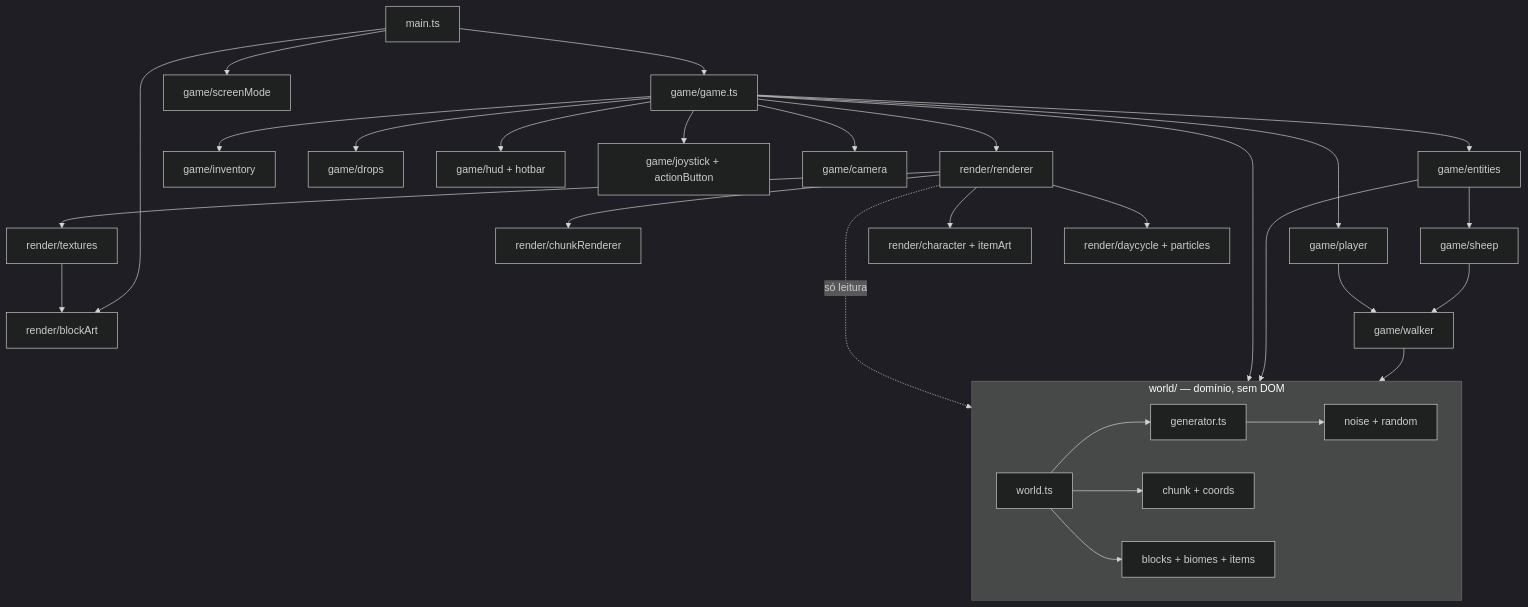
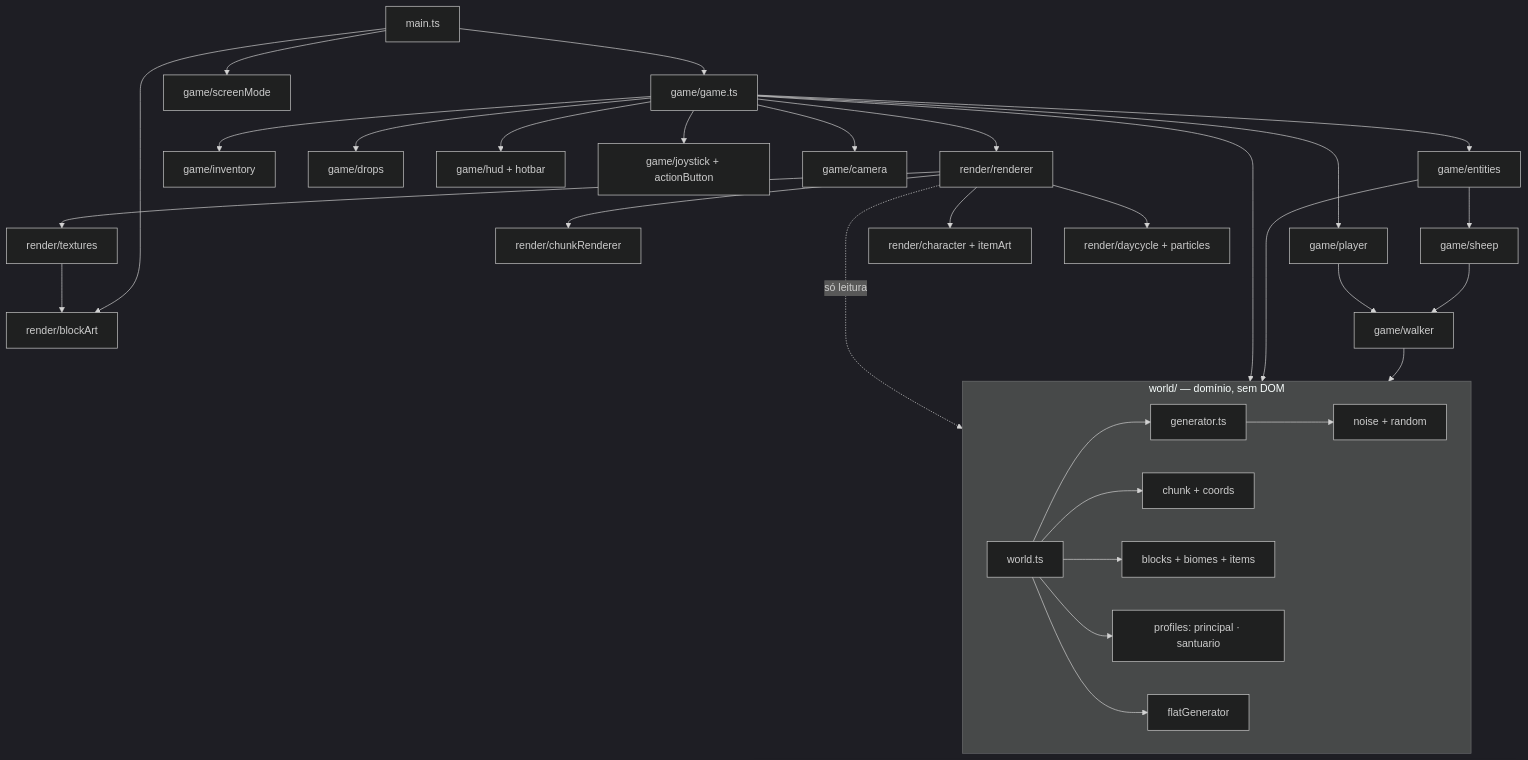
The first of 7 diagrams in docs/MAPS.md (maiam/mundoblocos-2d), drawn with Mermaid (dark theme) before and after one commit. The commit also changed other lines of this file and 59 other files, not shown here.

````diff
--- a/docs/MAPS.md
+++ b/docs/MAPS.md
@@ -8,27 +8,29 @@
 ```mermaid
 flowchart TD
   main[main.ts] --> blockArt[render/blockArt]
   main --> game[game/game.ts]
   main --> screen[game/screenMode]
   game --> ent[game/entities] --> sheep[game/sheep] --> walker[game/walker]
   game --> player[game/player] --> walker
   game --> inv[game/inventory]
   game --> drops[game/drops]
   game --> hud[game/hud + hotbar]
   game --> ui[game/joystick + actionButton]
   game --> cam[game/camera]
   game --> renderer[render/renderer]
   renderer --> chunkR[render/chunkRenderer]
   renderer --> tex[render/textures] --> blockArt
   renderer --> chars[render/character + itemArt]
   renderer --> fx[render/daycycle + particles]
   walker --> world
   ent --> world
   game --> world
   renderer -. só leitura .-> world
   subgraph world [world/ — domínio, sem DOM]
     W[world.ts] --> G[generator.ts] --> N[noise + random]
     W --> C[chunk + coords]
     W --> B[blocks + biomes + items]
+    W --> PR[profiles: principal · santuario]
+    W --> FG[flatGenerator]
   end
 ```
````
